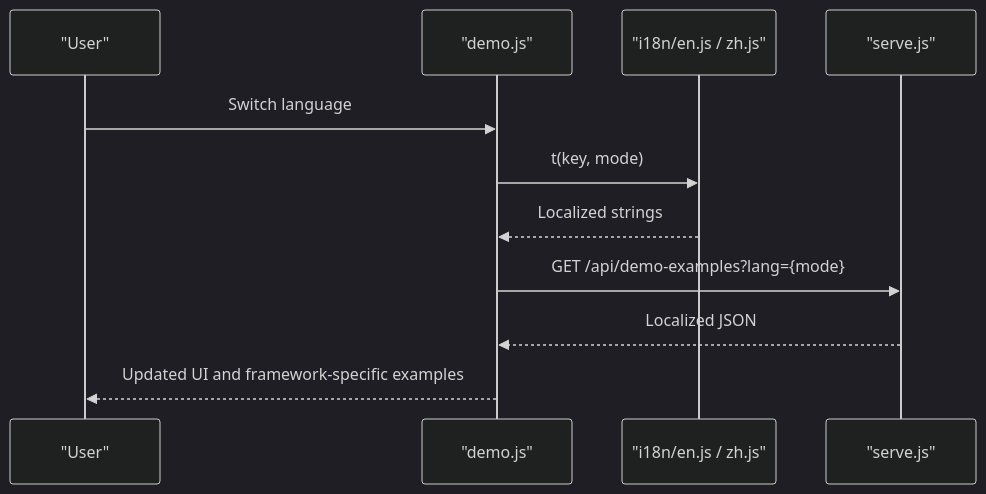
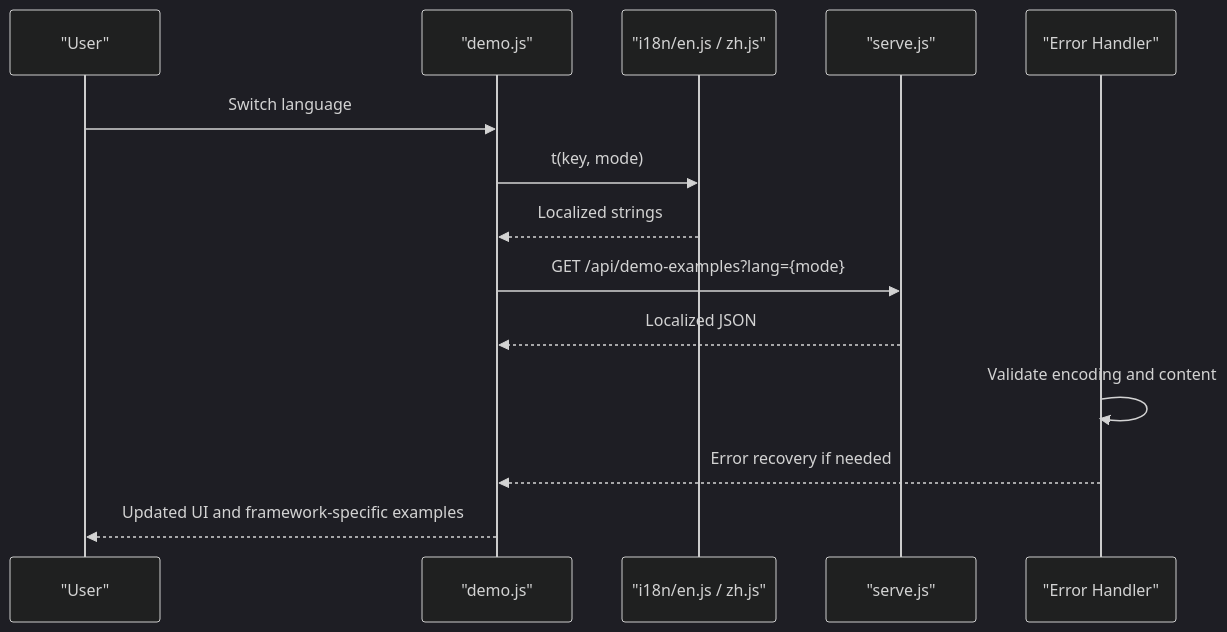
One commit to pingwurth/code-to-uml changed the sixth of 8 diagrams in .qoder/repowiki/en/content/Template System/Template System.md. Above: the diagram before and after it, drawn with Mermaid (dark theme). The commit also changed other lines of this file and 21 other files, not shown here.

Commit message:
chore(docs): 删除 Code-To-UML 介绍文档

````diff
--- a/.qoder/repowiki/en/content/Template System/Template System.md
+++ b/.qoder/repowiki/en/content/Template System/Template System.md
@@ -339,13 +362,16 @@
 ```mermaid
 sequenceDiagram
 participant User as "User"
 participant Demo as "demo.js"
 participant I18n as "i18n/en.js / zh.js"
 participant Server as "serve.js"
+participant ErrorHandler as "Error Handler"
 User->>Demo : Switch language
 Demo->>I18n : t(key, mode)
 I18n-->>Demo : Localized strings
 Demo->>Server : GET /api/demo-examples?lang={mode}
 Server-->>Demo : Localized JSON
+ErrorHandler->>ErrorHandler : Validate encoding and content
+ErrorHandler-->>Demo : Error recovery if needed
 Demo-->>User : Updated UI and framework-specific examples
 ```
````
